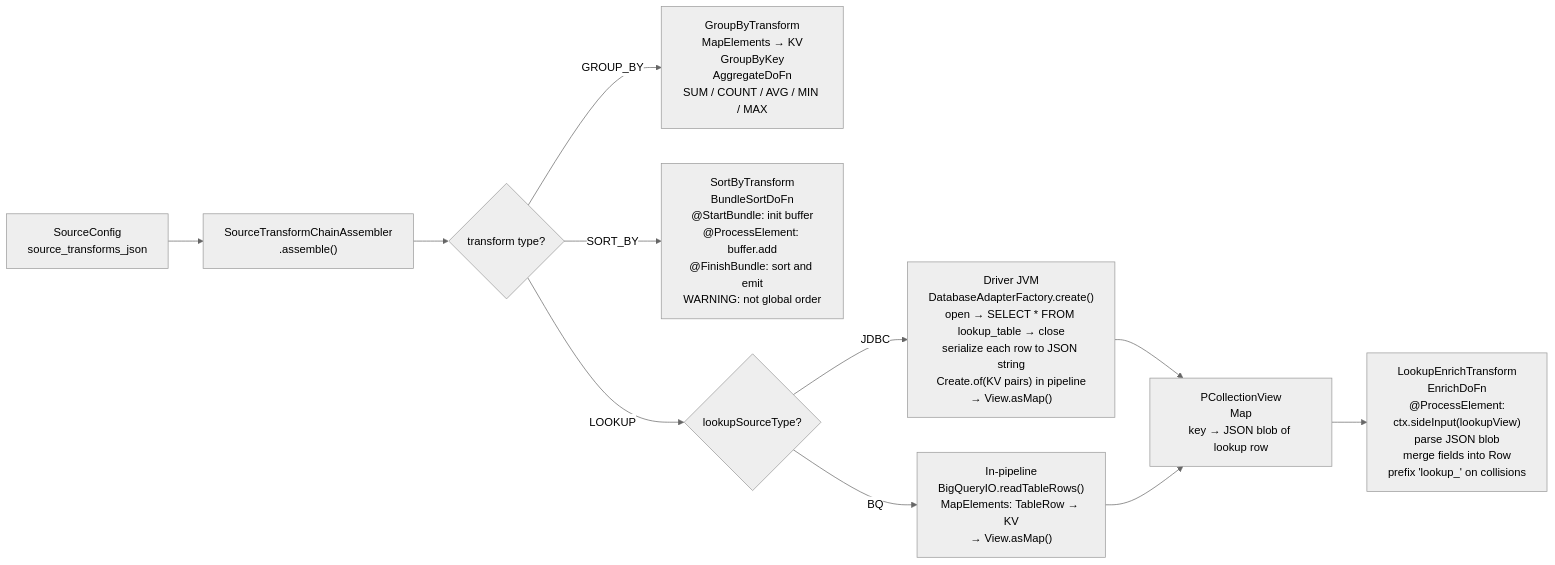
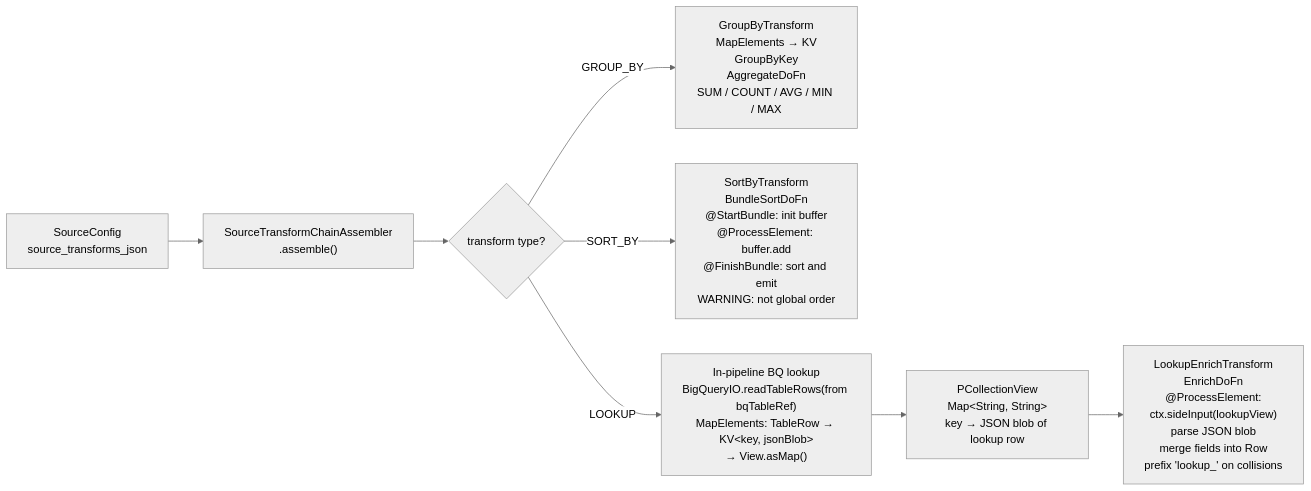
The fifth of 13 diagrams in WALKTHROUGH.md (tushark-16bit/beam_framework), drawn with Mermaid (neutral theme) before and after one commit. The commit also changed other lines of this file, not shown here.

First line of the commit message:
Fix WALKTHROUGH.md: remove all JDBC references from diagrams and examples

````diff
--- a/WALKTHROUGH.md
+++ b/WALKTHROUGH.md
@@ -179,21 +176,16 @@
 ```mermaid
 flowchart LR
     A["SourceConfig\nsource_transforms_json"] --> B["SourceTransformChainAssembler\n.assemble()"]
 
     B --> C{transform type?}
 
     C -->|GROUP_BY| D["GroupByTransform\nMapElements → KV<groupKey, Row>\nGroupByKey\nAggregateDoFn\nSUM / COUNT / AVG / MIN / MAX"]
 
     C -->|SORT_BY| E["SortByTransform\nBundleSortDoFn\n@StartBundle: init buffer\n@ProcessElement: buffer.add\n@FinishBundle: sort and emit\nWARNING: not global order"]
 
-    C -->|LOOKUP| F{lookupSourceType?}
+    C -->|LOOKUP| F["In-pipeline BQ lookup\nBigQueryIO.readTableRows(from bqTableRef)\nMapElements: TableRow → KV&lt;key, jsonBlob&gt;\n→ View.asMap()"]
 
-    F -->|JDBC| G["Driver JVM\nDatabaseAdapterFactory.create()\nopen → SELECT * FROM lookup_table → close\nserialize each row to JSON string\nCreate.of(KV pairs) in pipeline\n→ View.asMap()"]
-
-    F -->|BQ| H["In-pipeline\nBigQueryIO.readTableRows()\nMapElements: TableRow → KV<key, jsonBlob>\n→ View.asMap()"]
-
-    G --> I["PCollectionView\nMap<String, String>\nkey → JSON blob of lookup row"]
-    H --> I
+    F --> I["PCollectionView\nMap&lt;String, String&gt;\nkey → JSON blob of lookup row"]
 
     I --> J["LookupEnrichTransform\nEnrichDoFn\n@ProcessElement:\nctx.sideInput(lookupView)\nparse JSON blob\nmerge fields into Row\nprefix 'lookup_' on collisions"]
 ```
````
